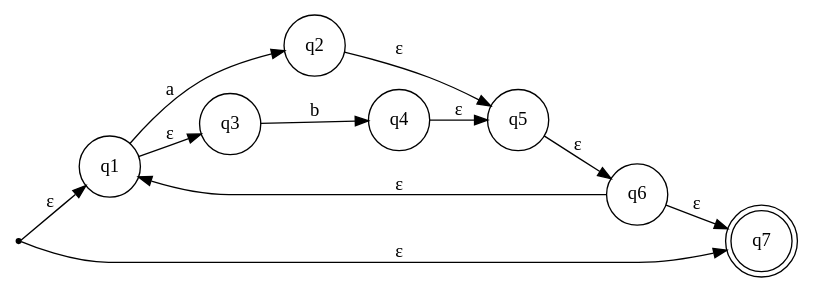
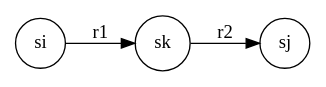
The fifth of 7 diagrams in src/docs/markdown/fa/step2-nfa-construction.md (Euato-Key/COMPILER-EDU-FRONTEND), drawn with Graphviz before and after one commit. The commit also changed other lines of this file and 2 other files, not shown here.

````diff
--- a/src/docs/markdown/fa/step2-nfa-construction.md
+++ b/src/docs/markdown/fa/step2-nfa-construction.md
@@ -122,26 +332,11 @@
 ```dot
 digraph G {
     rankdir=LR;
     node [shape=circle];
-    
-    q0 [shape=point];
-    q1 [shape=circle];
-    q2 [shape=circle];
-    q3 [shape=circle];
-    q4 [shape=circle];
-    q5 [shape=circle];
-    q6 [shape=circle];
-    q7 [shape=doublecircle];
-    
-    q0 -> q1 [label="ε"];
-    q1 -> q2 [label="a"];
-    q1 -> q3 [label="ε"];
-    q3 -> q4 [label="b"];
-    q2 -> q5 [label="ε"];
-    q4 -> q5 [label="ε"];
-    q5 -> q6 [label="ε"];
-    q6 -> q1 [label="ε"];
-    q0 -> q7 [label="ε"];
-    q6 -> q7 [label="ε"];
+    si [label="si"];
+    sk [label="sk"];
+    sj [label="sj"];
+    si -> sk [label="r1"];
+    sk -> sj [label="r2"];
 }
 ```
````
